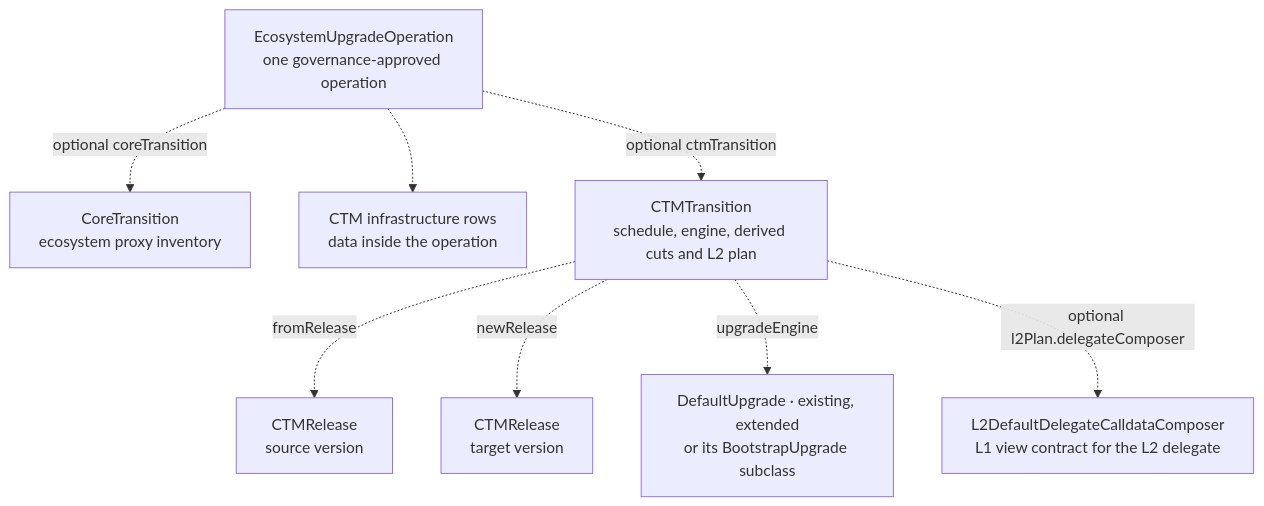
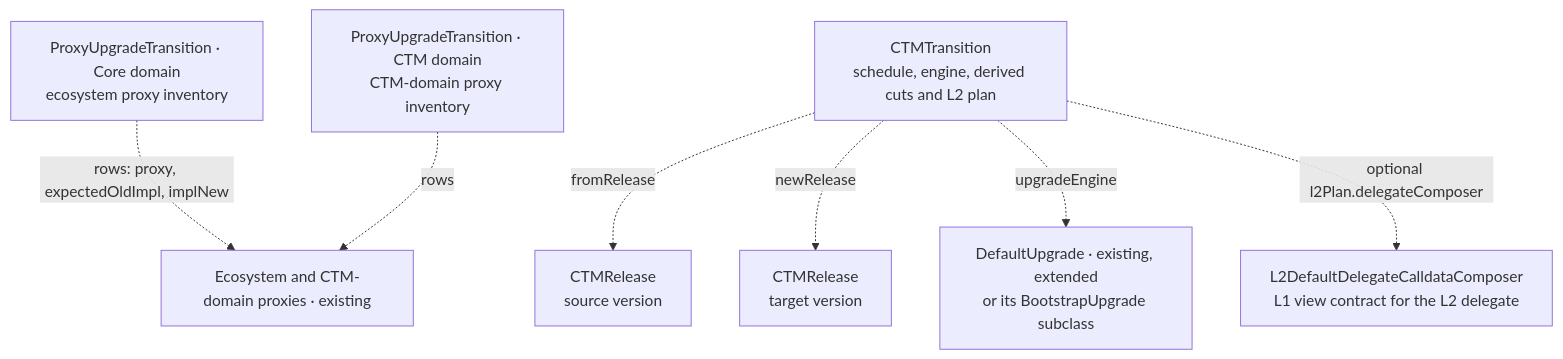
The first of 10 diagrams in docs/registry-driven-upgrades.md (matter-labs/era-contracts), drawn with Mermaid before and after one commit. The commit also changed other lines of this file and 120 other files, not shown here.

First line of the commit message:
refactor(registry): governance calls the domain executors directly

````diff
--- a/docs/registry-driven-upgrades.md
+++ b/docs/registry-driven-upgrades.md
@@ -79,19 +80,18 @@
 ```mermaid
 flowchart TB
-    OP["EcosystemUpgradeOperation<br/>one governance-approved operation"]
-    CORE["CoreTransition<br/>ecosystem proxy inventory"]
-    ROWS["CTM infrastructure rows<br/>data inside the operation"]
+    CORE["ProxyUpgradeTransition · Core domain<br/>ecosystem proxy inventory"]
+    INFRA["ProxyUpgradeTransition · CTM domain<br/>CTM-domain proxy inventory"]
     TRANS["CTMTransition<br/>schedule, engine, derived cuts and L2 plan"]
+    PROXIES["Ecosystem and CTM-domain proxies · existing"]
     FROM["CTMRelease<br/>source version"]
     TO["CTMRelease<br/>target version"]
     ENGINE["DefaultUpgrade · existing, extended<br/>or its BootstrapUpgrade subclass"]
     COMPOSER["L2DefaultDelegateCalldataComposer<br/>L1 view contract for the L2 delegate"]
 
-    OP -.->|"optional coreTransition"| CORE
-    OP -.-> ROWS
-    OP -.->|"optional ctmTransition"| TRANS
+    CORE -.->|"rows: proxy, expectedOldImpl, implNew"| PROXIES
+    INFRA -.->|"rows"| PROXIES
     TRANS -.->|"fromRelease"| FROM
     TRANS -.->|"newRelease"| TO
     TRANS -.->|"upgradeEngine"| ENGINE
     TRANS -.->|"optional l2Plan.delegateComposer"| COMPOSER
 ```
````
